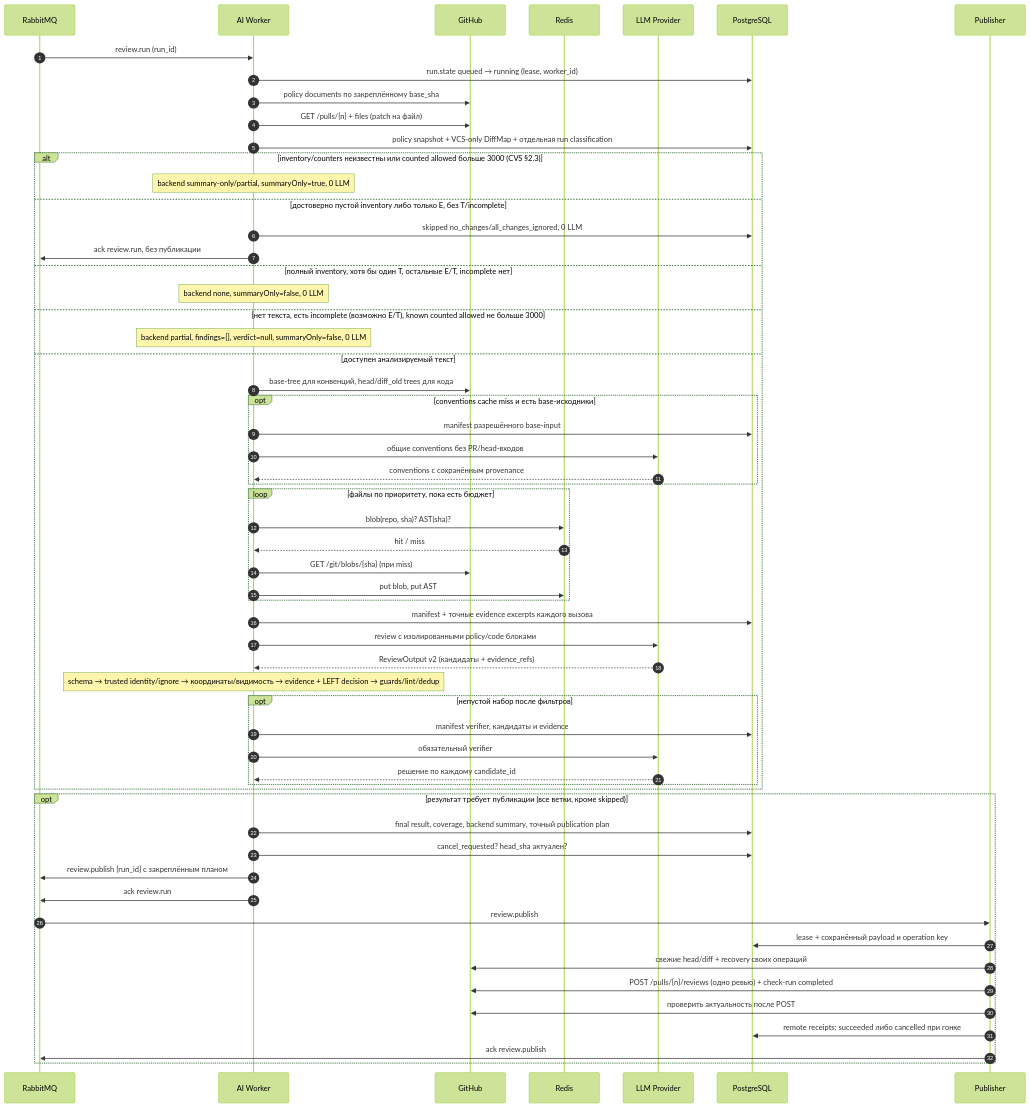
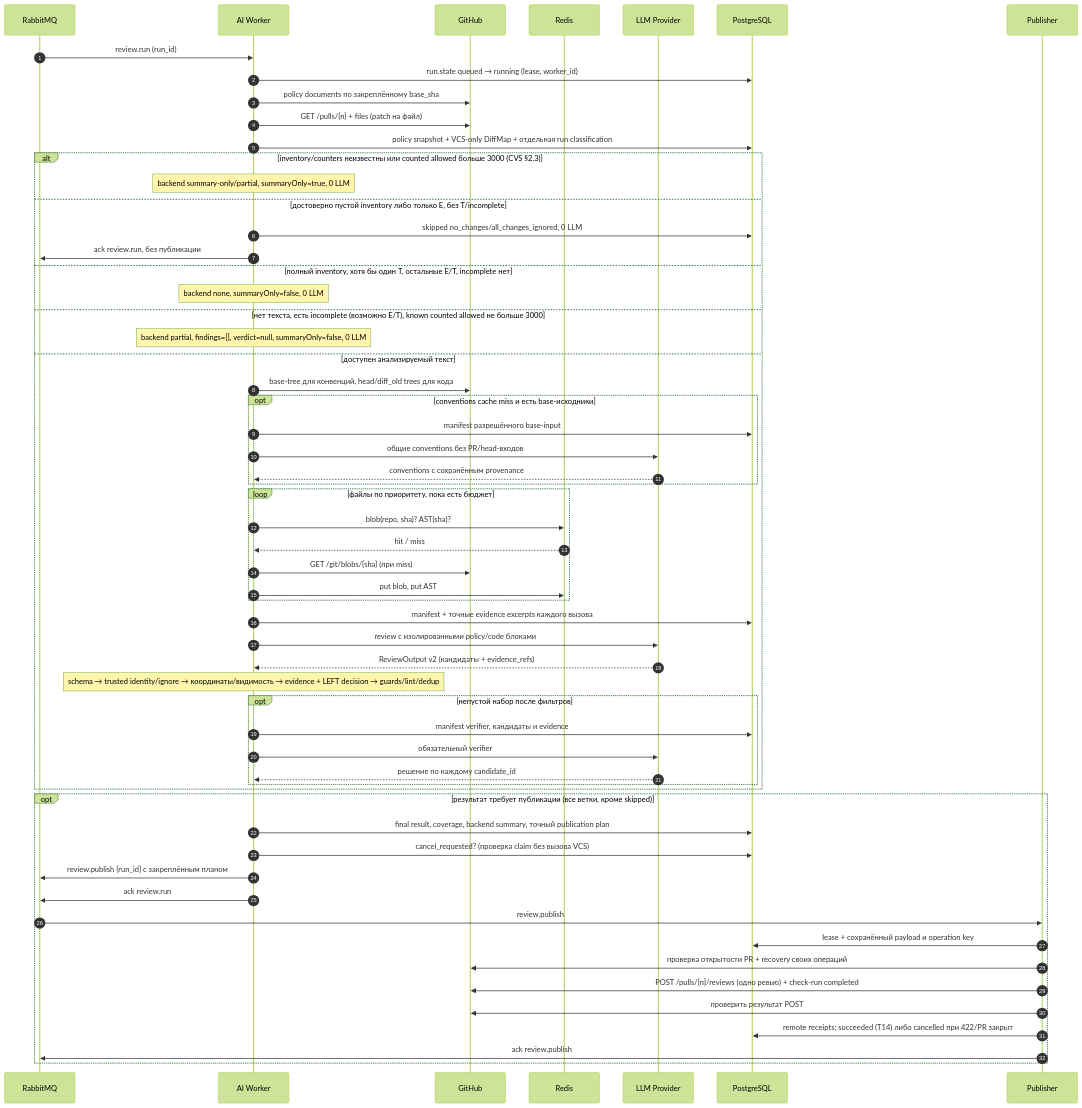
The fifth of 13 diagrams in docs/SYSTEM_DESIGN.md (larchanka-training/dmc-268-api-t6), drawn with Mermaid (forest theme) before and after one commit. The commit also changed other lines of this file and 5 other files, not shown here.

````diff
--- a/docs/SYSTEM_DESIGN.md
+++ b/docs/SYSTEM_DESIGN.md
@@ -362,62 +362,62 @@
 ```mermaid
 sequenceDiagram
   autonumber
   participant MQ as RabbitMQ
   participant W as AI Worker
   participant GH as GitHub
   participant R as Redis
   participant LLM as LLM Provider
   participant PG as PostgreSQL
   participant P as Publisher
 
   MQ->>W: review.run (run_id)
   W->>PG: run.state queued → running (lease, worker_id)
   W->>GH: policy documents по закреплённому base_sha
   W->>GH: GET /pulls/{n} + files (patch на файл)
   W->>PG: policy snapshot + VCS-only DiffMap + отдельная run classification
   alt inventory/counters неизвестны или counted allowed больше 3000 (CVS §2.3)
     Note over W: backend summary-only/partial, summaryOnly=true, 0 LLM
   else достоверно пустой inventory либо только E, без T/incomplete
     W->>PG: skipped no_changes/all_changes_ignored, 0 LLM
     W->>MQ: ack review.run, без публикации
   else полный inventory, хотя бы один T, остальные E/T, incomplete нет
     Note over W: backend none, summaryOnly=false, 0 LLM
   else нет текста, есть incomplete (возможно E/T), known counted allowed не больше 3000
     Note over W: backend partial, findings=[], verdict=null, summaryOnly=false, 0 LLM
   else доступен анализируемый текст
     W->>GH: base-tree для конвенций, head/diff_old trees для кода
     opt conventions cache miss и есть base-исходники
       W->>PG: manifest разрешённого base-input
       W->>LLM: общие conventions без PR/head-входов
       LLM-->>W: conventions с сохранённым provenance
     end
     loop файлы по приоритету, пока есть бюджет
       W->>R: blob(repo, sha)? AST(sha)?
       R-->>W: hit / miss
       W->>GH: GET /git/blobs/{sha} (при miss)
       W->>R: put blob, put AST
     end
     W->>PG: manifest + точные evidence excerpts каждого вызова
     W->>LLM: review с изолированными policy/code блоками
     LLM-->>W: ReviewOutput v2 (кандидаты + evidence_refs)
     Note over W: schema → trusted identity/ignore → координаты/видимость → evidence + LEFT decision → guards/lint/dedup
     opt непустой набор после фильтров
       W->>PG: manifest verifier, кандидаты и evidence
       W->>LLM: обязательный verifier
       LLM-->>W: решение по каждому candidate_id
     end
   end
   opt результат требует публикации (все ветки, кроме skipped)
   W->>PG: final result, coverage, backend summary, точный publication plan
-  W->>PG: cancel_requested? head_sha актуален?
+  W->>PG: cancel_requested? (проверка claim без вызова VCS)
   W->>MQ: review.publish {run_id} с закреплённым планом
   W->>MQ: ack review.run
   MQ->>P: review.publish
   P->>PG: lease + сохранённый payload и operation key
-  P->>GH: свежие head/diff + recovery своих операций
+  P->>GH: проверка открытости PR + recovery своих операций
   P->>GH: POST /pulls/{n}/reviews (одно ревью) + check-run completed
-  P->>GH: проверить актуальность после POST
-  P->>PG: remote receipts#59; succeeded либо cancelled при гонке
+  P->>GH: проверить результат POST
+  P->>PG: remote receipts#59; succeeded (T14) либо cancelled при 422/PR закрыт
   P->>MQ: ack review.publish
   end
 ```
````
